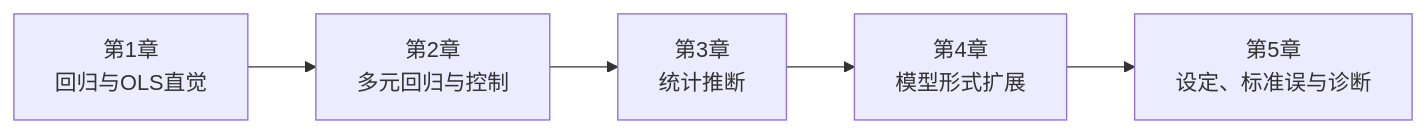
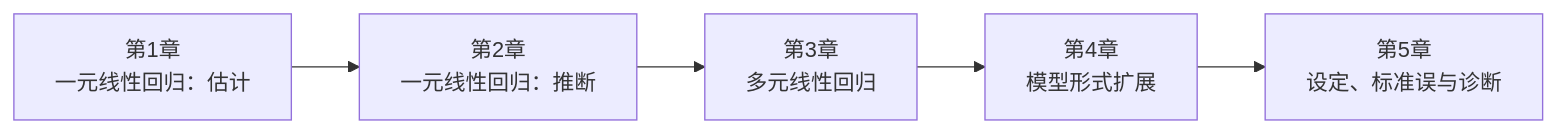
One commit to zhang-chenglei/Econometrics-course changed the diagram in textbook/part1.qmd. Above: the diagram before and after it, drawn with Mermaid. The commit also changed other lines of this file and 60 other files, not shown here.

````diff
--- a/textbook/part1.qmd
+++ b/textbook/part1.qmd
@@ -13,7 +13,7 @@
 ```mermaid
 flowchart LR
-    A["第1章<br/>回归与OLS直觉"] --> B["第2章<br/>多元回归与控制"]
-    B --> C["第3章<br/>统计推断"]
+    A["第1章<br/>一元线性回归：估计"] --> B["第2章<br/>一元线性回归：推断"]
+    B --> C["第3章<br/>多元线性回归"]
     C --> D["第4章<br/>模型形式扩展"]
     D --> E["第5章<br/>设定、标准误与诊断"]
 ```
````
